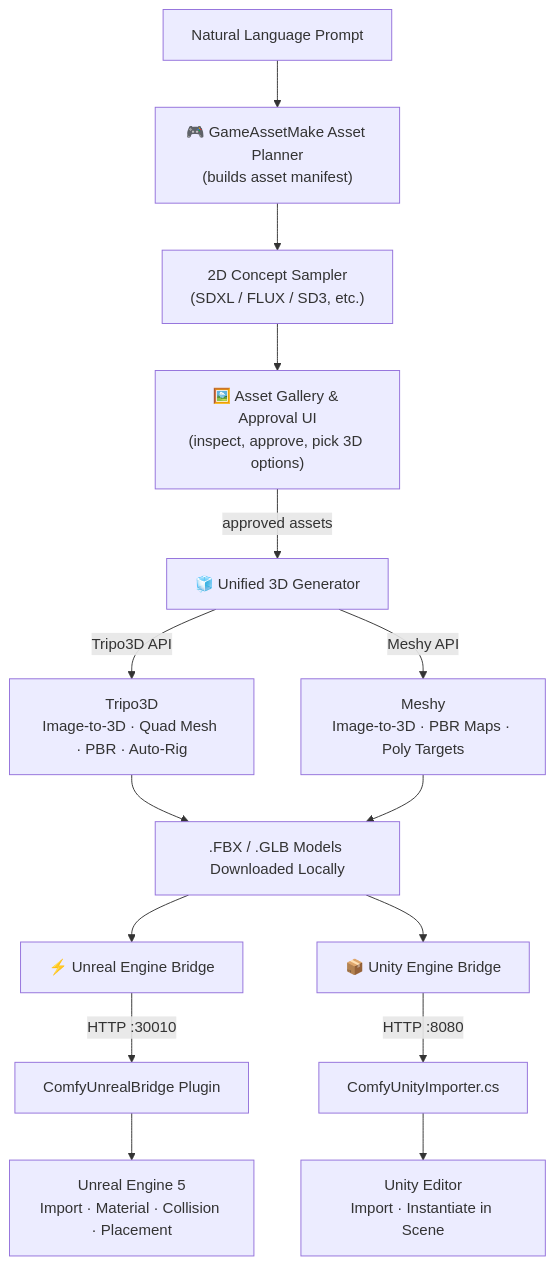
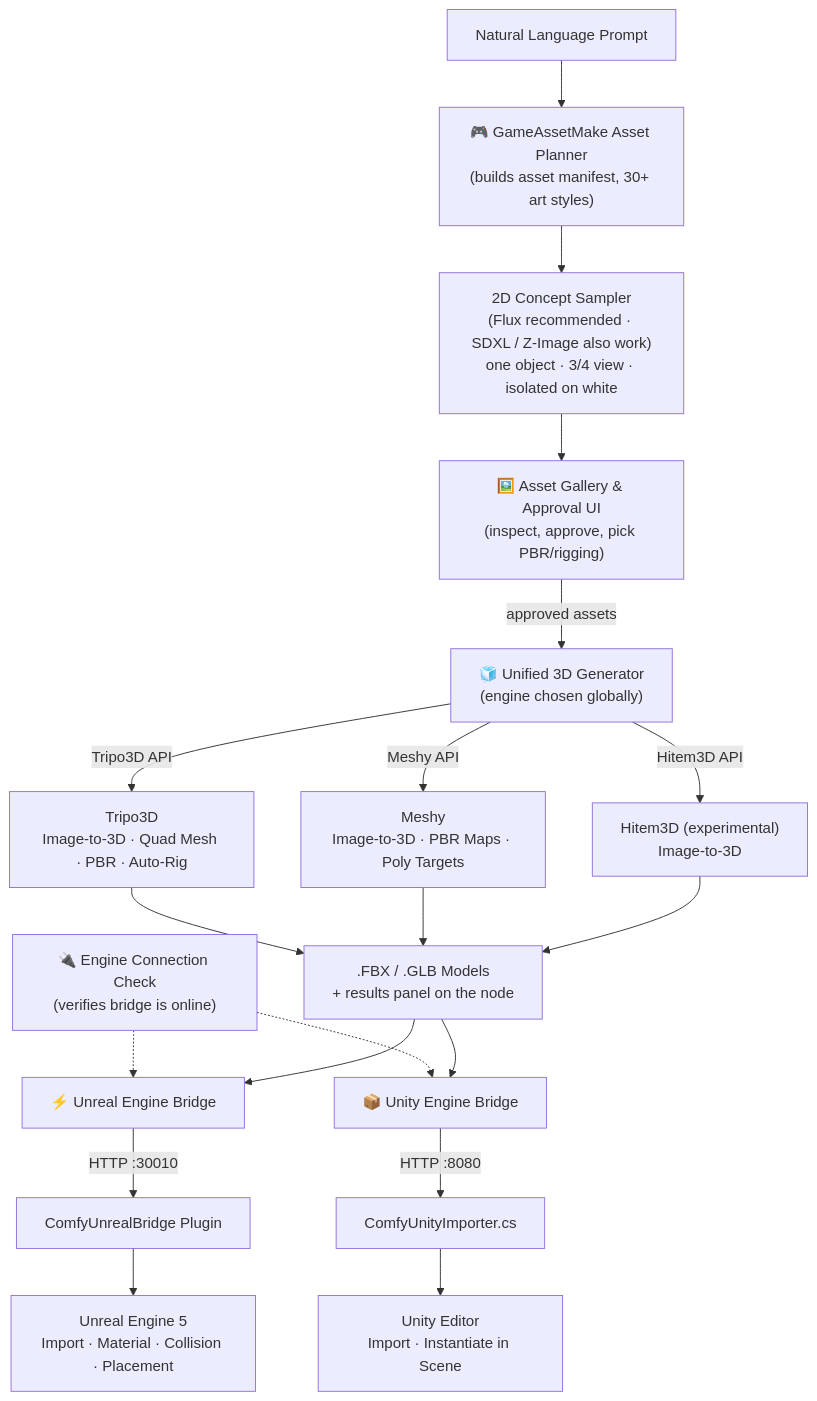
The diagram in README.md (GeekatplayStudio/ComfyUI-Geekatplay-GameAssetMake), drawn with Mermaid before and after one commit. The commit also changed other lines of this file and 1 other file, not shown here.

First line of the commit message:
Update README: reflect Hitem3D, global engine, Flux, connection check

````diff
--- a/README.md
+++ b/README.md
@@ -40,17 +40,21 @@
 ```mermaid
 flowchart TD
-    Prompt["Natural Language Prompt"] --> Planner["🎮 GameAssetMake Asset Planner\n(builds asset manifest)"]
-    Planner --> ConceptGen["2D Concept Sampler\n(SDXL / FLUX / SD3, etc.)"]
-    ConceptGen --> GalleryUI["🖼️ Asset Gallery & Approval UI\n(inspect, approve, pick 3D options)"]
-    GalleryUI -->|"approved assets"| Unified3D["🧊 Unified 3D Generator"]
+    Prompt["Natural Language Prompt"] --> Planner["🎮 GameAssetMake Asset Planner\n(builds asset manifest, 30+ art styles)"]
+    Planner --> ConceptGen["2D Concept Sampler\n(Flux recommended · SDXL / Z-Image also work)\none object · 3/4 view · isolated on white"]
+    ConceptGen --> GalleryUI["🖼️ Asset Gallery & Approval UI\n(inspect, approve, pick PBR/rigging)"]
+    GalleryUI -->|"approved assets"| Unified3D["🧊 Unified 3D Generator\n(engine chosen globally)"]
     Unified3D -->|"Tripo3D API"| Tripo["Tripo3D\nImage-to-3D · Quad Mesh · PBR · Auto-Rig"]
     Unified3D -->|"Meshy API"| Meshy["Meshy\nImage-to-3D · PBR Maps · Poly Targets"]
-    Tripo --> Models[".FBX / .GLB Models Downloaded Locally"]
+    Unified3D -->|"Hitem3D API"| Hitem["Hitem3D (experimental)\nImage-to-3D"]
+    Tripo --> Models[".FBX / .GLB Models\n+ results panel on the node"]
     Meshy --> Models
+    Hitem --> Models
+    Check["🔌 Engine Connection Check\n(verifies bridge is online)"] -.-> UnrealBridge
+    Check -.-> UnityBridge
     Models --> UnrealBridge["⚡ Unreal Engine Bridge"]
     Models --> UnityBridge["📦 Unity Engine Bridge"]
     UnrealBridge -->|"HTTP :30010"| UEPlugin["ComfyUnrealBridge Plugin"]
     UnityBridge -->|"HTTP :8080"| UnityPlugin["ComfyUnityImporter.cs"]
     UEPlugin --> UELevel["Unreal Engine 5\nImport · Material · Collision · Placement"]
     UnityPlugin --> UnityScene["Unity Editor\nImport · Instantiate in Scene"]
 ```
````
